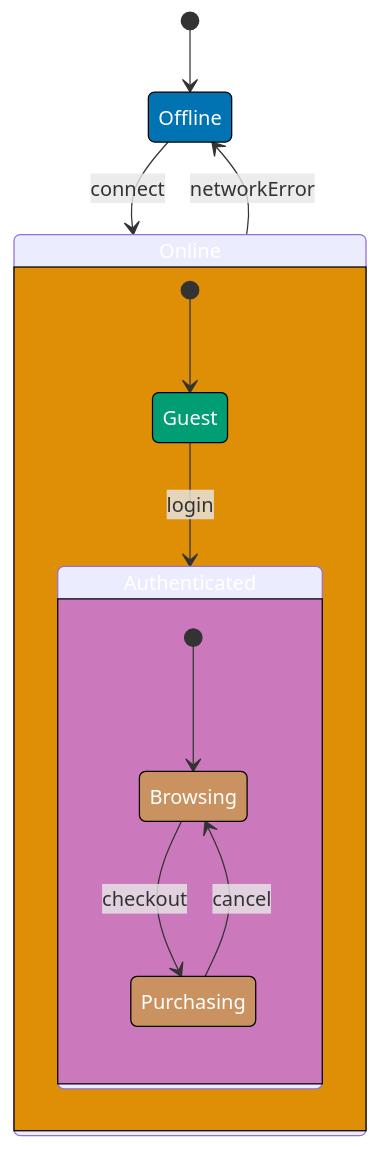
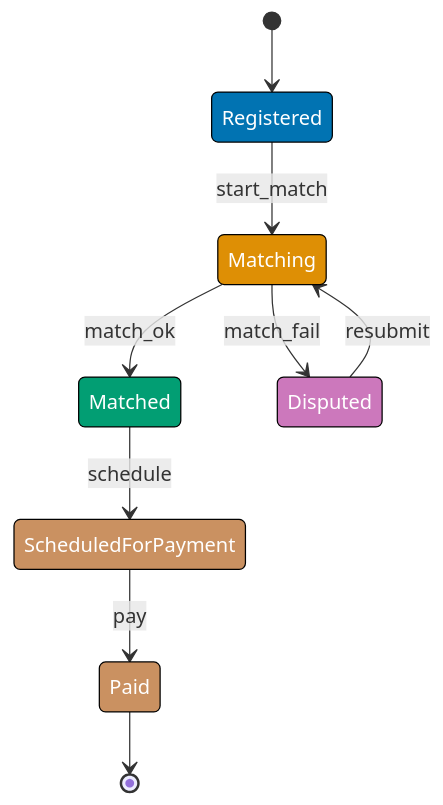
The first of 2 diagrams in apps/ayokoding-web/content/en/learn/software-engineering/architecture/finite-state-machine-fsm/by-example/intermediate.md (wahidyankf/open-sharia-enterprise), drawn with Mermaid before and after one commit. The commit also changed other lines of this file and 38 other files, not shown here.

First line of the commit message:
docs(ayokoding-web): unify architecture tutorials on shared P2P domain

````diff
--- a/apps/ayokoding-web/content/en/learn/software-engineering/architecture/finite-state-machine-fsm/by-example/intermediate.md
+++ b/apps/ayokoding-web/content/en/learn/software-engineering/architecture/finite-state-machine-fsm/by-example/intermediate.md
@@ -296,29 +18,23 @@
 ```mermaid
 stateDiagram-v2
-    [*] --> Offline
+    [*] --> Registered
+    Registered --> Matching: start_match
+    Matching --> Matched: match_ok
+    Matching --> Disputed: match_fail
+    Disputed --> Matching: resubmit
+    Matched --> ScheduledForPayment: schedule
+    ScheduledForPayment --> Paid: pay
+    Paid --> [*]
 
-    state Online {
-        state Authenticated {
-            [*] --> Browsing
-            Browsing --> Purchasing: checkout
-            Purchasing --> Browsing: cancel
-        }
-        [*] --> Guest
-        Guest --> Authenticated: login
-    }
+    classDef registered fill:#0173B2,stroke:#000,color:#fff
+    classDef matching fill:#DE8F05,stroke:#000,color:#fff
+    classDef matched fill:#029E73,stroke:#000,color:#fff
+    classDef disputed fill:#CC78BC,stroke:#000,color:#fff
+    classDef terminal fill:#CA9161,stroke:#000,color:#fff
 
-    Offline --> Online: connect
-    Online --> Offline: networkError
-
-    classDef offlineState fill:#0173B2,stroke:#000,color:#fff
-    classDef onlineState fill:#DE8F05,stroke:#000,color:#fff
-    classDef guestState fill:#029E73,stroke:#000,color:#fff
-    classDef authState fill:#CC78BC,stroke:#000,color:#fff
-    classDef browseState fill:#CA9161,stroke:#000,color:#fff
-
-    class Offline offlineState
-    class Online onlineState
-    class Guest guestState
-    class Authenticated authState
-    class Browsing,Purchasing browseState
+    class Registered registered
+    class Matching matching
+    class Matched matched
+    class Disputed disputed
+    class ScheduledForPayment,Paid terminal
 ```
````
